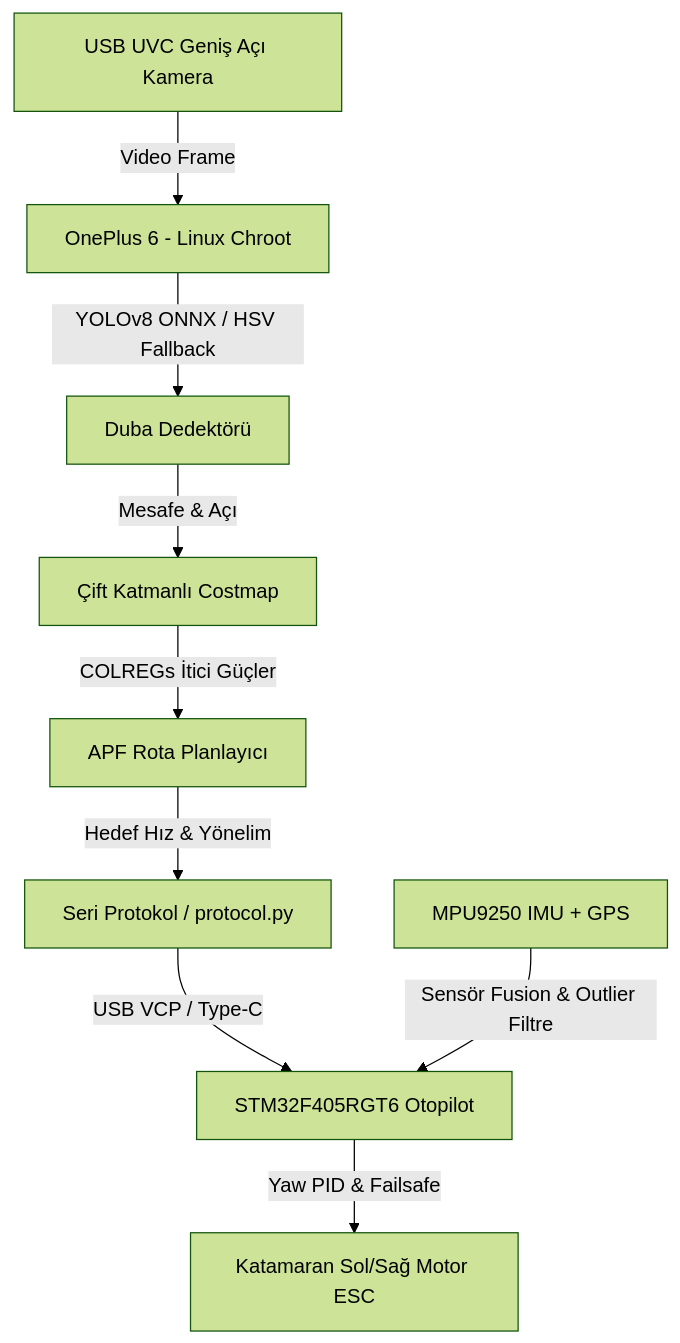
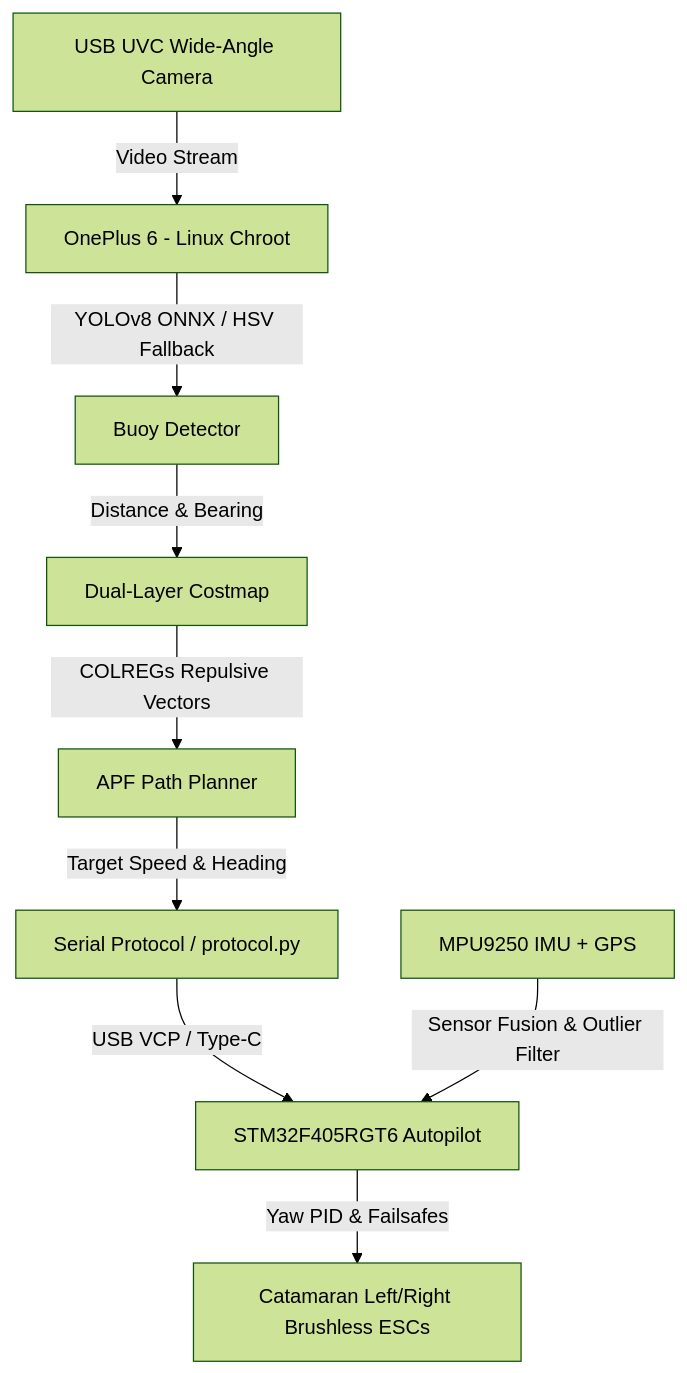
One commit to Awosakan/aydede-autonomous-boat changed the diagram in README.md. Above: the diagram before and after it, drawn with Mermaid (forest theme). The commit also changed other lines of this file and 1 other file, not shown here.

````diff
--- a/README.md
+++ b/README.md
@@ -39,12 +41,12 @@
 ```mermaid
 graph TD
-    A[USB UVC Geniş Açı Kamera] -->|Video Frame| B[OnePlus 6 - Linux Chroot]
-    B -->|YOLOv8 ONNX / HSV Fallback| C[Duba Dedektörü]
-    C -->|Mesafe & Açı| D[Çift Katmanlı Costmap]
-    D -->|COLREGs İtici Güçler| E[APF Rota Planlayıcı]
-    E -->|Hedef Hız & Yönelim| F[Seri Protokol / protocol.py]
+    A[USB UVC Wide-Angle Camera] -->|Video Stream| B[OnePlus 6 - Linux Chroot]
+    B -->|YOLOv8 ONNX / HSV Fallback| C[Buoy Detector]
+    C -->|Distance & Bearing| D[Dual-Layer Costmap]
+    D -->|COLREGs Repulsive Vectors| E[APF Path Planner]
+    E -->|Target Speed & Heading| F[Serial Protocol / protocol.py]
     
-    F -->|USB VCP / Type-C| G[STM32F405RGT6 Otopilot]
-    H[MPU9250 IMU + GPS] -->|Sensör Fusion & Outlier Filtre| G
-    G -->|Yaw PID & Failsafe| I[Katamaran Sol/Sağ Motor ESC]
+    F -->|USB VCP / Type-C| G[STM32F405RGT6 Autopilot]
+    H[MPU9250 IMU + GPS] -->|Sensor Fusion & Outlier Filter| G
+    G -->|Yaw PID & Failsafes| I[Catamaran Left/Right Brushless ESCs]
 ```
````
